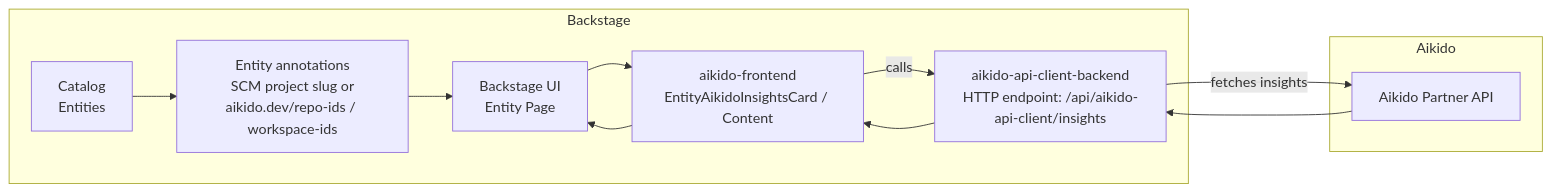
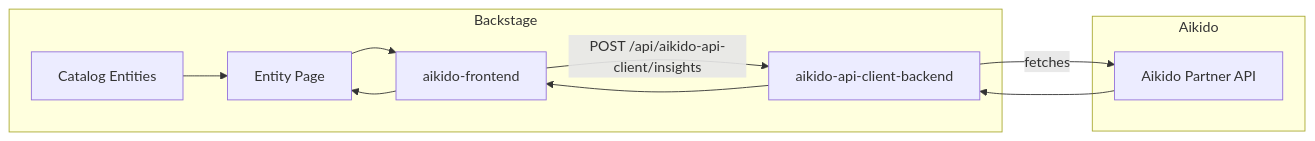
Before and after one commit to AikidoSec/aikido-backstage-plugin: the diagram in README.md, drawn with Mermaid. The commit also changed other lines of this file, not shown here.

First line of the commit message:
docs: rewrite root README — consumer-focused, no disclaimer/dev content

````diff
--- a/README.md
+++ b/README.md
@@ -25,24 +22,15 @@
 ```mermaid
 flowchart LR
   subgraph BS[Backstage]
-    C[Catalog<br/>Entities]
-    A[Entity annotations<br/>SCM project slug or<br/>aikido.dev/repo-ids / workspace-ids]
-    UI[Backstage UI<br/>Entity Page]
-    FE[aikido-frontend<br/>EntityAikidoInsightsCard / Content]
-    BE[aikido-api-client-backend<br/>HTTP endpoint: /api/aikido-api-client/insights]
+    C[Catalog Entities]
+    UI[Entity Page]
+    FE[aikido-frontend]
+    BE[aikido-api-client-backend]
   end
-
   subgraph AK[Aikido]
     API[Aikido Partner API]
   end
 
-  C --> A
-  A --> UI
-  UI --> FE
-  FE -->|calls| BE
-  BE -->|fetches insights| API
-  API --> BE
-  BE --> FE
-  FE --> UI
-
+  C --> UI --> FE -->|POST /api/aikido-api-client/insights| BE -->|fetches| API
+  API --> BE --> FE --> UI
 ```
````
